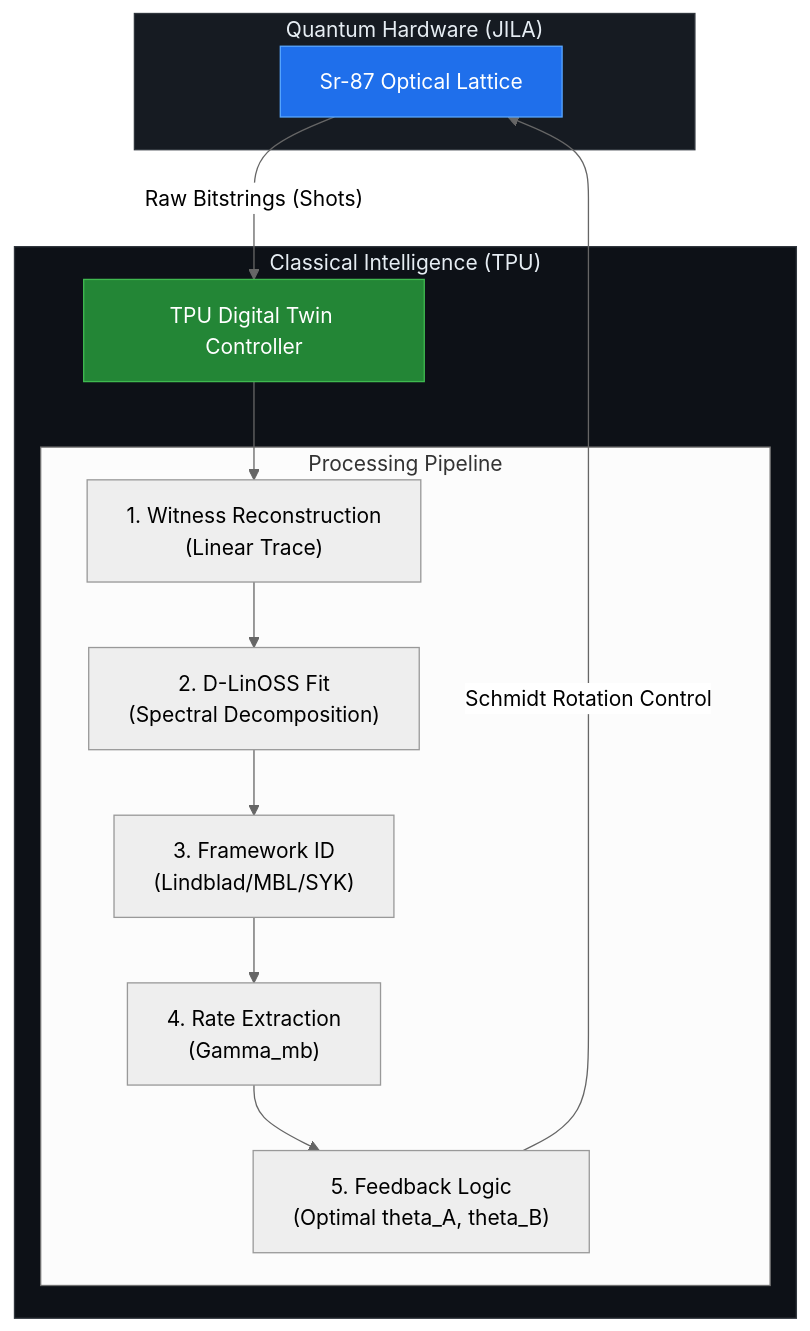
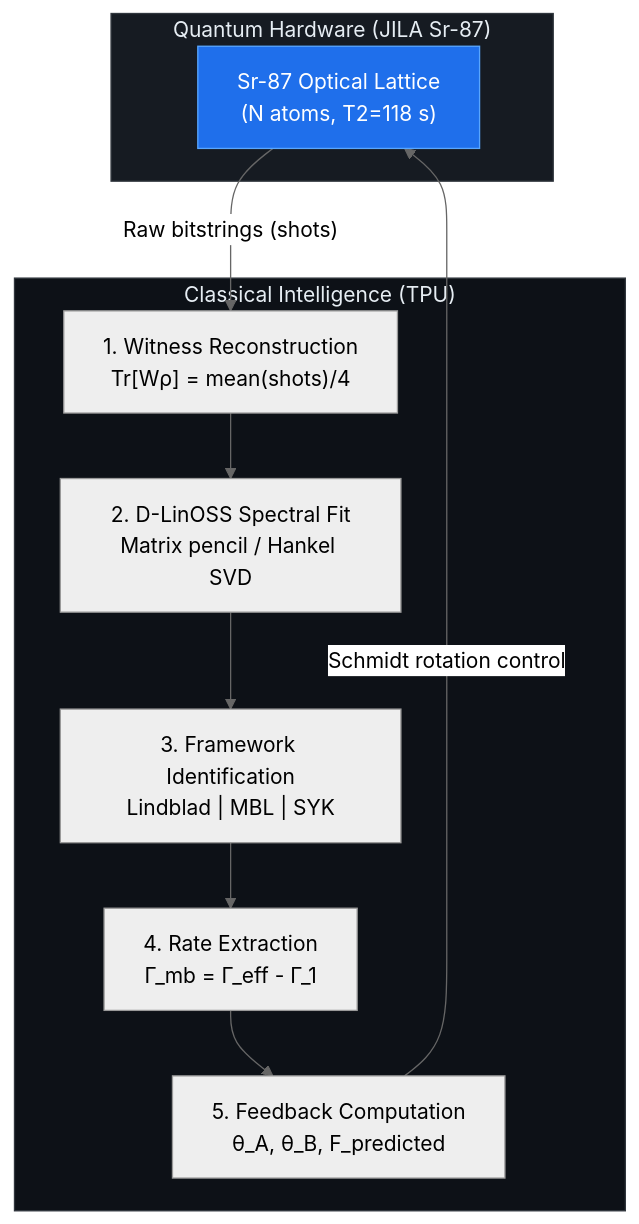
The diagram in emergent_quantum_geometries/docs/PAPER_DRAFT_v1.md (IllI/resonance), drawn with Mermaid (neutral theme) before and after one commit. The commit also changed other lines of this file, not shown here.

First line of the commit message:
docs: comprehensive paper revision v2 per reviewer feedback

````diff
--- a/emergent_quantum_geometries/docs/PAPER_DRAFT_v1.md
+++ b/emergent_quantum_geometries/docs/PAPER_DRAFT_v1.md
@@ -106,32 +219,19 @@
 ```mermaid
 graph TD
-    subgraph Quantum_Hardware ["Quantum Hardware (JILA)"]
-        JILA["Sr-87 Optical Lattice"]
+    subgraph Quantum_Hardware ["Quantum Hardware (JILA Sr-87)"]
+        JILA["Sr-87 Optical Lattice<br/>(N atoms, T2=118 s)"]
     end
-
     subgraph Classical_Intelligence ["Classical Intelligence (TPU)"]
-        TPU["TPU Digital Twin Controller"]
-        
-        subgraph Pipeline ["Processing Pipeline"]
-            W["1. Witness Reconstruction<br/>(Linear Trace)"]
-            Fit["2. D-LinOSS Fit<br/>(Spectral Decomposition)"]
-            ID["3. Framework ID<br/>(Lindblad/MBL/SYK)"]
-            Rate["4. Rate Extraction<br/>(Gamma_mb)"]
-            Angles["5. Feedback Logic<br/>(Optimal theta_A, theta_B)"]
-        end
+        W["1. Witness Reconstruction<br/>Tr[Wρ] = mean(shots)/4"]
+        Fit["2. D-LinOSS Spectral Fit<br/>Matrix pencil / Hankel SVD"]
+        ID["3. Framework Identification<br/>Lindblad | MBL | SYK"]
+        Rate["4. Rate Extraction<br/>Γ_mb = Γ_eff - Γ_1"]
+        FB["5. Feedback Computation<br/>θ_A, θ_B, F_predicted"]
     end
-
-    JILA -- "Raw Bitstrings (Shots)" --> TPU
-    TPU --> W
-    W --> Fit
-    Fit --> ID
-    ID --> Rate
-    Rate --> Angles
-    Angles -- "Schmidt Rotation Control" --> JILA
-
-    %% Styling
+    JILA -- "Raw bitstrings (shots)" --> W
+    W --> Fit --> ID --> Rate --> FB
+    FB -- "Schmidt rotation control" --> JILA
+    style JILA fill:#1f6feb,stroke:#58a6ff,color:#ffffff
     style Quantum_Hardware fill:#161b22,stroke:#30363d,color:#e6edf3
     style Classical_Intelligence fill:#0d1117,stroke:#30363d,color:#e6edf3
-    style JILA fill:#1f6feb,stroke:#58a6ff,color:#ffffff
-    style TPU fill:#238636,stroke:#3fb950,color:#ffffff
 ```
````
